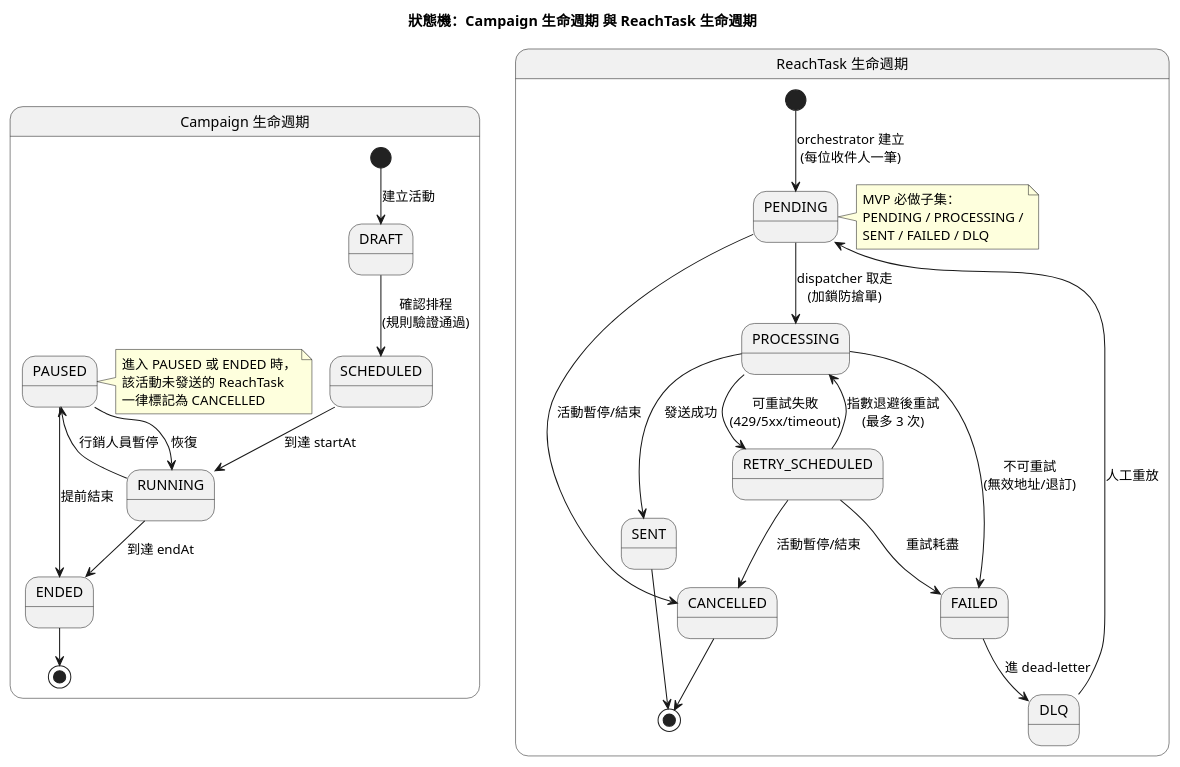
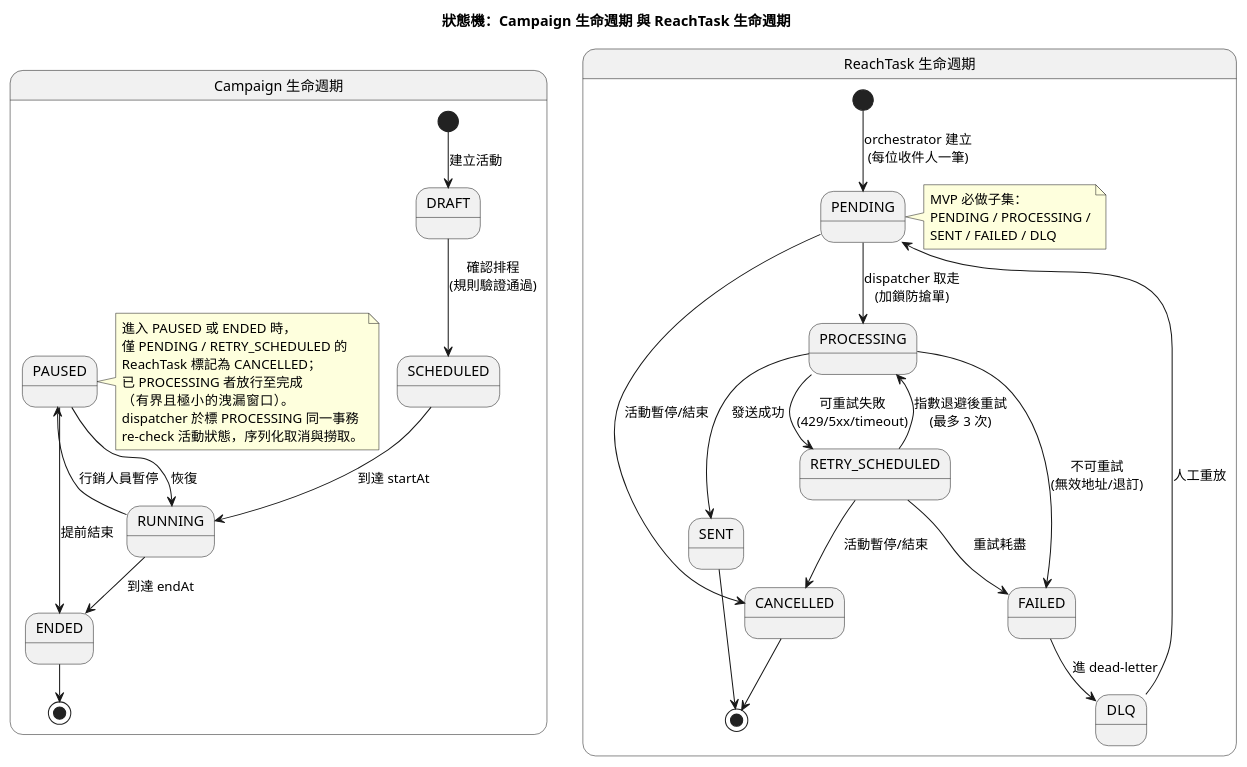
One commit to BIBIOTA/campaign-reach-system changed the diagram in openspec/changes/add-ecommerce-campaign-system/diagrams/02-state-campaign-and-task-lifecycle.puml. Above: the diagram before and after it, drawn with PlantUML. The commit also changed 8 other files, not shown here.

```diff
--- a/openspec/changes/add-ecommerce-campaign-system/diagrams/02-state-campaign-and-task-lifecycle.puml
+++ b/openspec/changes/add-ecommerce-campaign-system/diagrams/02-state-campaign-and-task-lifecycle.puml
@@ -1,42 +1,46 @@
 @startuml
 title 狀態機：Campaign 生命週期 與 ReachTask 生命週期
 
 state "Campaign 生命週期" as Campaign {
   [*] --> DRAFT : 建立活動
   DRAFT --> SCHEDULED : 確認排程\n(規則驗證通過)
   SCHEDULED --> RUNNING : 到達 startAt
   RUNNING --> PAUSED : 行銷人員暫停
   PAUSED --> RUNNING : 恢復
   RUNNING --> ENDED : 到達 endAt
   PAUSED --> ENDED : 提前結束
   ENDED --> [*]
 
   note right of PAUSED
     進入 PAUSED 或 ENDED 時，
-    該活動未發送的 ReachTask
-    一律標記為 CANCELLED
+    僅 PENDING / RETRY_SCHEDULED 的
+    ReachTask 標記為 CANCELLED；
+    已 PROCESSING 者放行至完成
+    （有界且極小的洩漏窗口）。
+    dispatcher 於標 PROCESSING 同一事務
+    re-check 活動狀態，序列化取消與撈取。
   end note
 }
 
 state "ReachTask 生命週期" as ReachTask {
   [*] --> PENDING : orchestrator 建立\n(每位收件人一筆)
   PENDING --> PROCESSING : dispatcher 取走\n(加鎖防搶單)
   PROCESSING --> SENT : 發送成功
   PROCESSING --> RETRY_SCHEDULED : 可重試失敗\n(429/5xx/timeout)
   RETRY_SCHEDULED --> PROCESSING : 指數退避後重試\n(最多 3 次)
   PROCESSING --> FAILED : 不可重試\n(無效地址/退訂)
   RETRY_SCHEDULED --> FAILED : 重試耗盡
   FAILED --> DLQ : 進 dead-letter
   DLQ --> PENDING : 人工重放
   PENDING --> CANCELLED : 活動暫停/結束
   RETRY_SCHEDULED --> CANCELLED : 活動暫停/結束
   SENT --> [*]
   CANCELLED --> [*]
 
   note right of PENDING
     MVP 必做子集：
     PENDING / PROCESSING /
     SENT / FAILED / DLQ
   end note
 }
 @enduml
```
